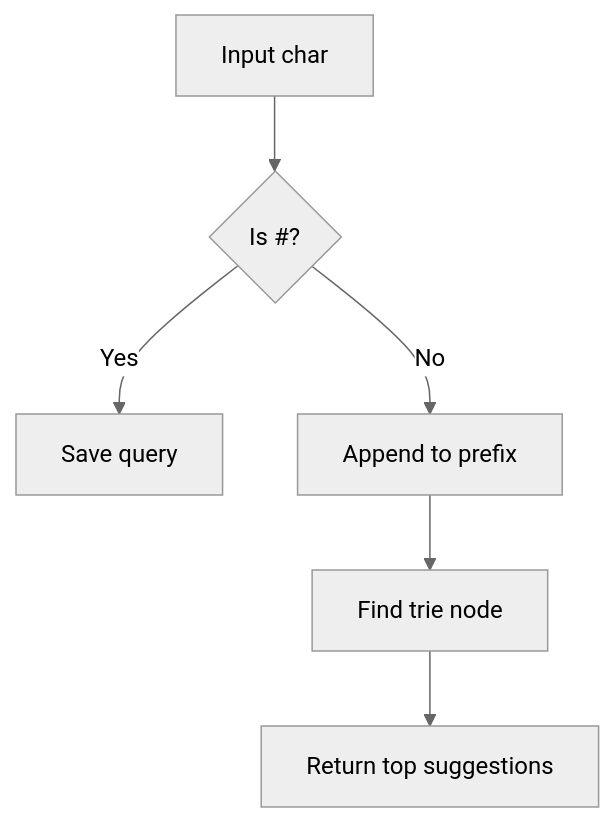
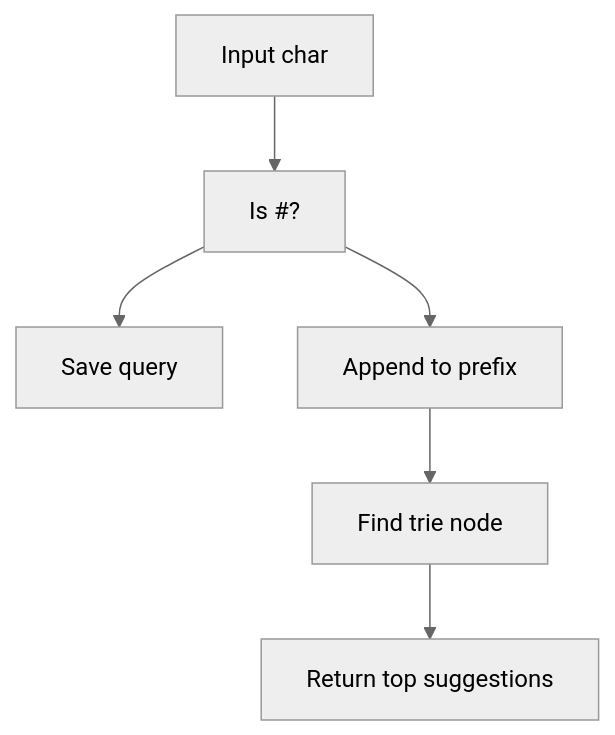
Before and after one commit to mthaiseer/springcloud-systemdesign-notes: diagram 13 of 58 in LLD_NOTES/lld_visual_java_reference_fixed.md, drawn with Mermaid (neutral theme). The commit also changed other lines of this file, not shown here.

````diff
--- a/LLD_NOTES/lld_visual_java_reference_fixed.md
+++ b/LLD_NOTES/lld_visual_java_reference_fixed.md
@@ -677,8 +633,14 @@
 ```mermaid
 flowchart TD
-  A[Input char] --> B{Is #?}
-  B -- Yes --> C[Save query]
-  B -- No --> D[Append to prefix]
-  D --> E[Find trie node]
-  E --> F[Return top suggestions]
+  A[Input char]
+  B[Is #?]
+  C[Save query]
+  D[Append to prefix]
+  E[Find trie node]
+  F[Return top suggestions]
+  A --> B
+  B --> C
+  B --> D
+  D --> E
+  E --> F
 ```
````
